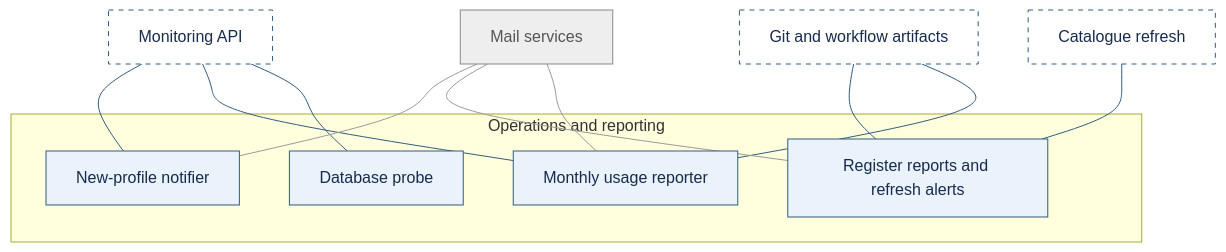
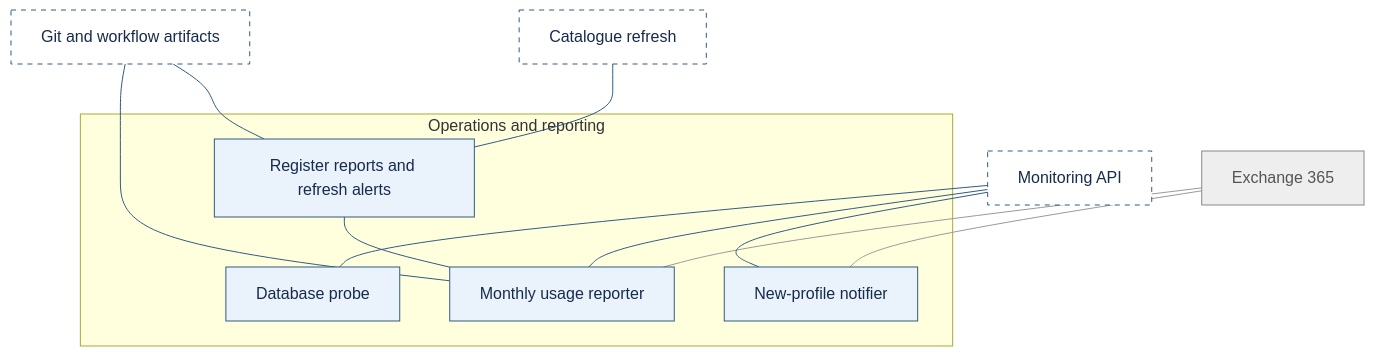
Before and after one commit to pekka-28/unesco: the sixth of 8 diagrams in ARCHITECTURE.md, drawn with Mermaid. The commit also changed other lines of this file and 71 other files, not shown here.

````diff
--- a/ARCHITECTURE.md
+++ b/ARCHITECTURE.md
@@ -186,30 +186,30 @@
 ```mermaid
 flowchart TB
     Stores["Git and workflow artifacts"]
     API["Monitoring API"]
     Refresh["Catalogue refresh"]
-    SMTP["Mail services"]
+    SMTP["Exchange 365"]
     subgraph Operations["Operations and reporting"]
         Probe["Database probe"]
         Monthly["Monthly usage reporter"]
         Register["Register reports and refresh alerts"]
         NewProfile["New-profile notifier"]
     end
     Stores --- Monthly
     Stores --- Register
     API --- Probe
     API --- Monthly
     Refresh --- Register
     SMTP --- Monthly
-    SMTP --- Register
+    Register --- Monthly
     API --- NewProfile
     SMTP --- NewProfile
     classDef owned fill:#eaf2fb,stroke:#315b80,color:#172b4d
     classDef sibling fill:#ffffff,stroke:#315b80,color:#172b4d,stroke-dasharray:5 5
     classDef external fill:#eeeeee,stroke:#888888,color:#555555
     linkStyle default stroke:#315b80
     class Probe,Monthly,Register,NewProfile owned
     class Stores,API,Refresh sibling
     class SMTP external
-    linkStyle 5,6,8 stroke:#999999
+    linkStyle 5,8 stroke:#999999
 ```
````
